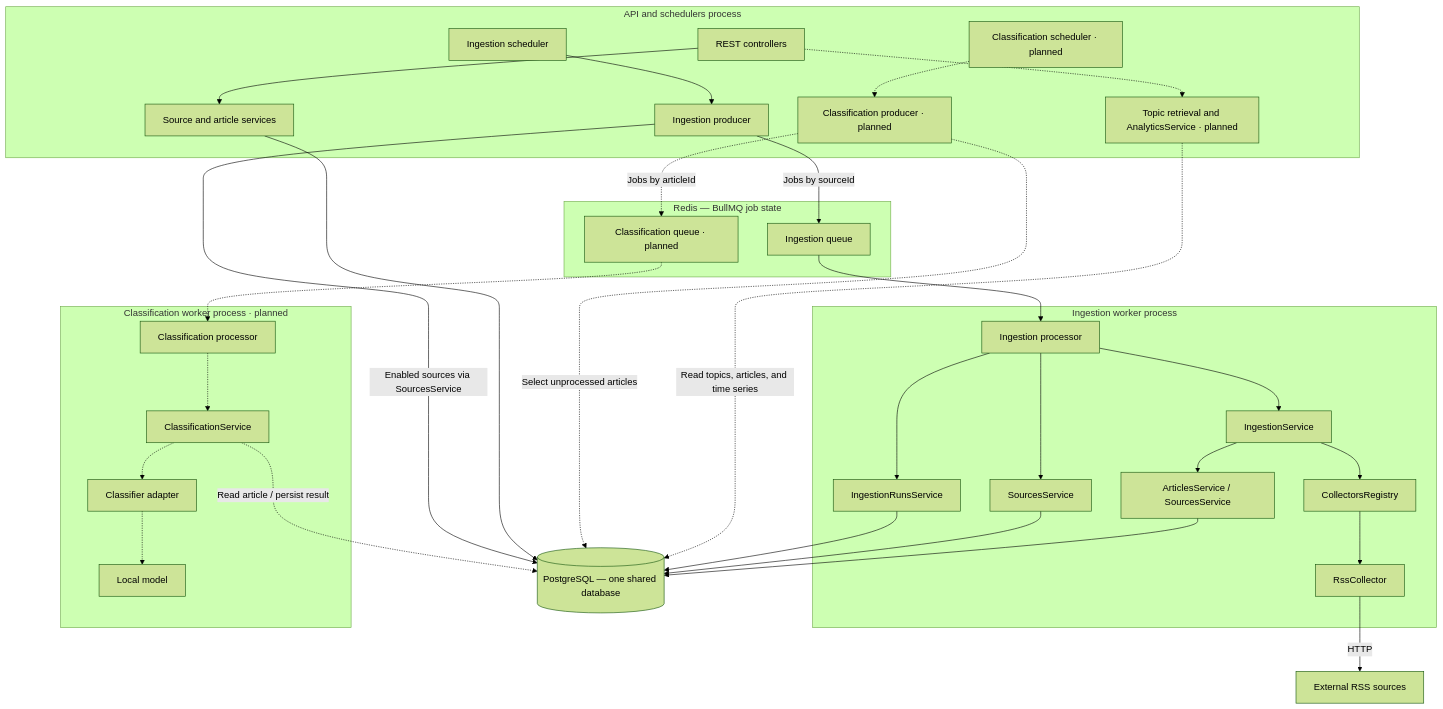
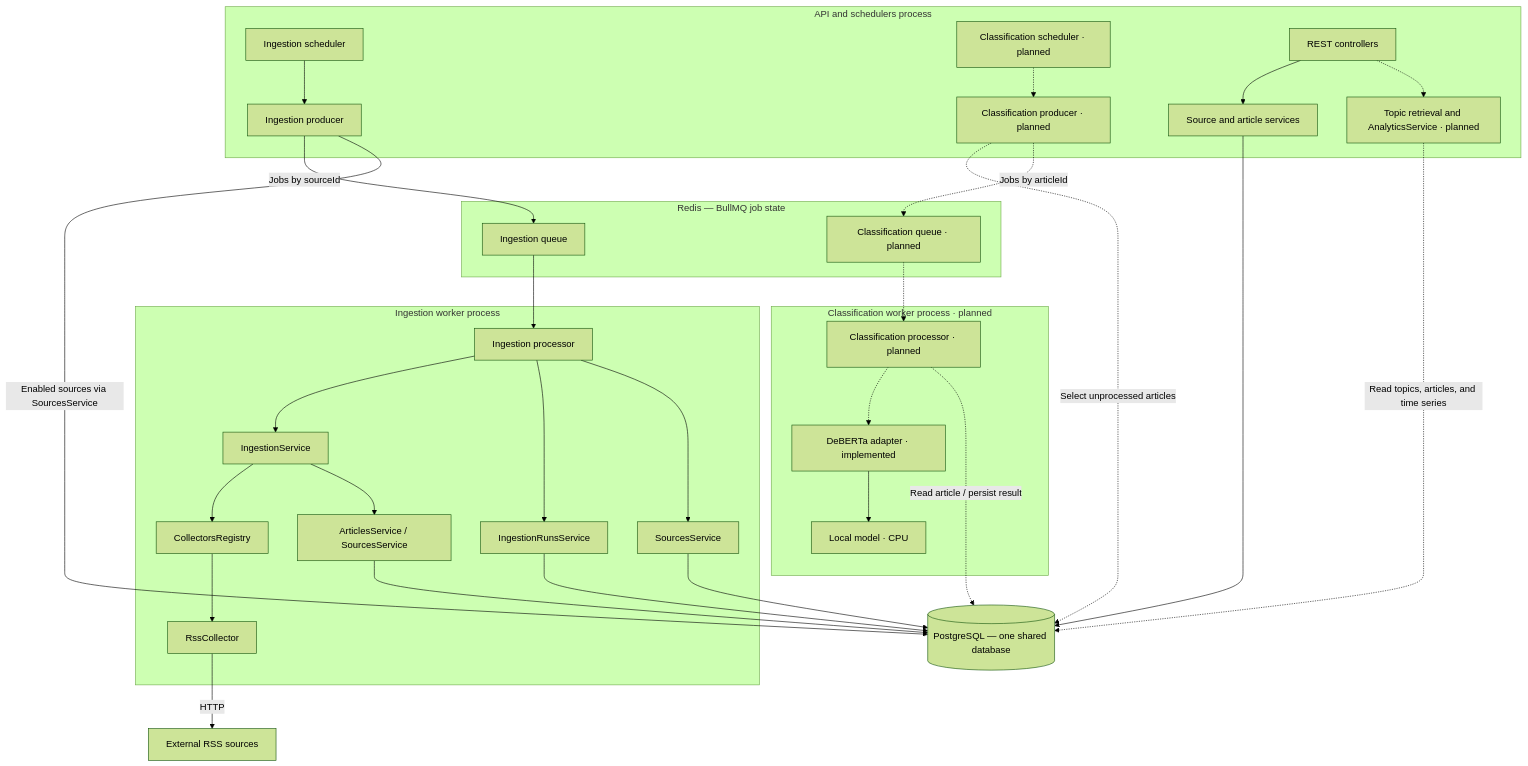
Before and after one commit to naive-algorithm/media-monitor: the diagram in README.en.md, drawn with Mermaid (forest theme). The commit also changed other lines of this file and 1 other file, not shown here.

Commit message:
docs: document classifier progress and updated architecture

````diff
--- a/README.en.md
+++ b/README.en.md
@@ -42,47 +53,46 @@
 ```mermaid
 flowchart TD
     subgraph APP["API and schedulers process"]
         IS["Ingestion scheduler"] --> IP["Ingestion producer"]
         CS["Classification scheduler · planned"] -.-> CP["Classification producer · planned"]
         API["REST controllers"] --> READ["Source and article services"]
         API -.-> ANALYTICS["Topic retrieval and AnalyticsService · planned"]
     end
 
     subgraph REDIS["Redis — BullMQ job state"]
         IQ["Ingestion queue"]
         CQ["Classification queue · planned"]
     end
 
     subgraph INGEST["Ingestion worker process"]
         PROC["Ingestion processor"] --> SERVICE["IngestionService"]
         PROC --> RUNS["IngestionRunsService"]
         PROC --> SOURCE["SourcesService"]
         SERVICE --> REG["CollectorsRegistry"]
         REG --> RSS["RssCollector"]
         SERVICE --> SAVE["ArticlesService / SourcesService"]
     end
 
     subgraph CLASSIFY["Classification worker process · planned"]
-        CPROC["Classification processor"] -.-> CSERVICE["ClassificationService"]
-        CSERVICE -.-> ADAPTER["Classifier adapter"]
-        ADAPTER -.-> MODEL["Local model"]
+        CPROC["Classification processor · planned"] -.-> ADAPTER["DeBERTa adapter · implemented"]
+        ADAPTER --> MODEL["Local model · CPU"]
     end
 
     DB[("PostgreSQL — one shared database")]
     FEEDS["External RSS sources"]
 
     IP -->|"Jobs by sourceId"| IQ
     IP -->|"Enabled sources via SourcesService"| DB
     IQ --> PROC
     RSS -->|"HTTP"| FEEDS
     RUNS --> DB
     SOURCE --> DB
     SAVE --> DB
     READ --> DB
 
     CP -. "Select unprocessed articles" .-> DB
     CP -. "Jobs by articleId" .-> CQ
     CQ -.-> CPROC
-    CSERVICE -. "Read article / persist result" .-> DB
+    CPROC -. "Read article / persist result" .-> DB
     ANALYTICS -. "Read topics, articles, and time series" .-> DB
 ```
````
